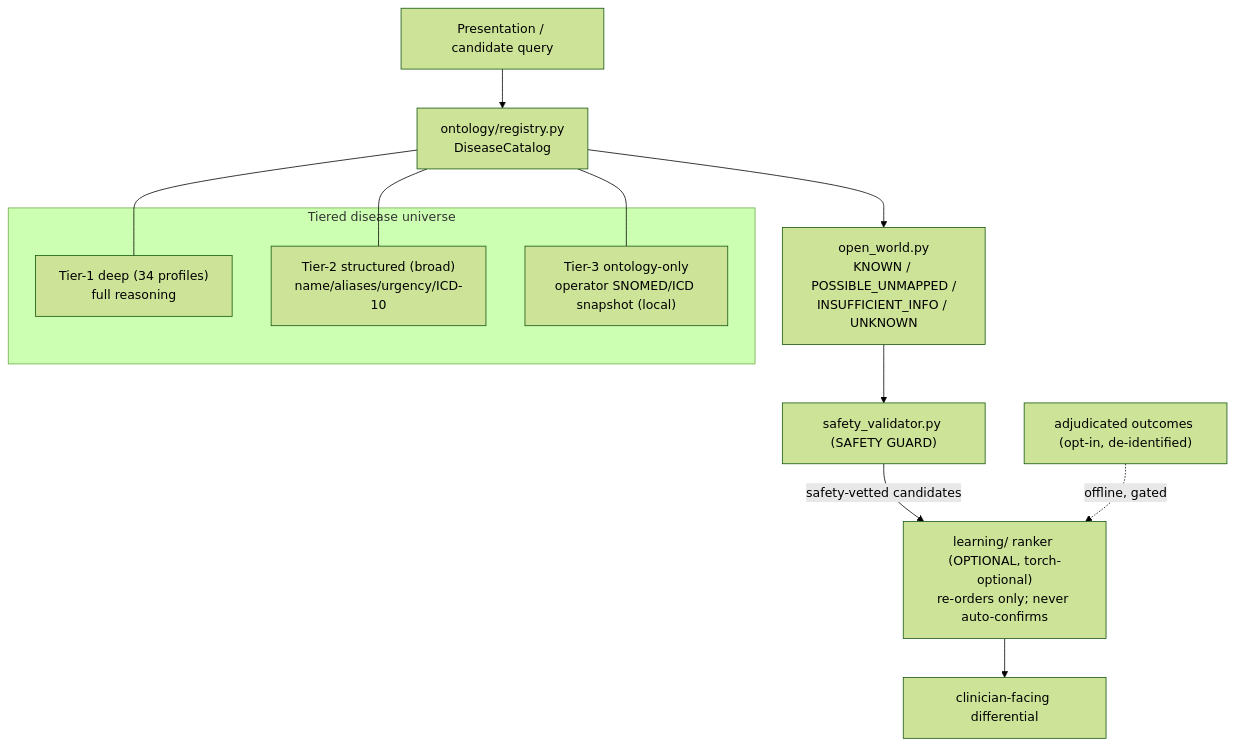
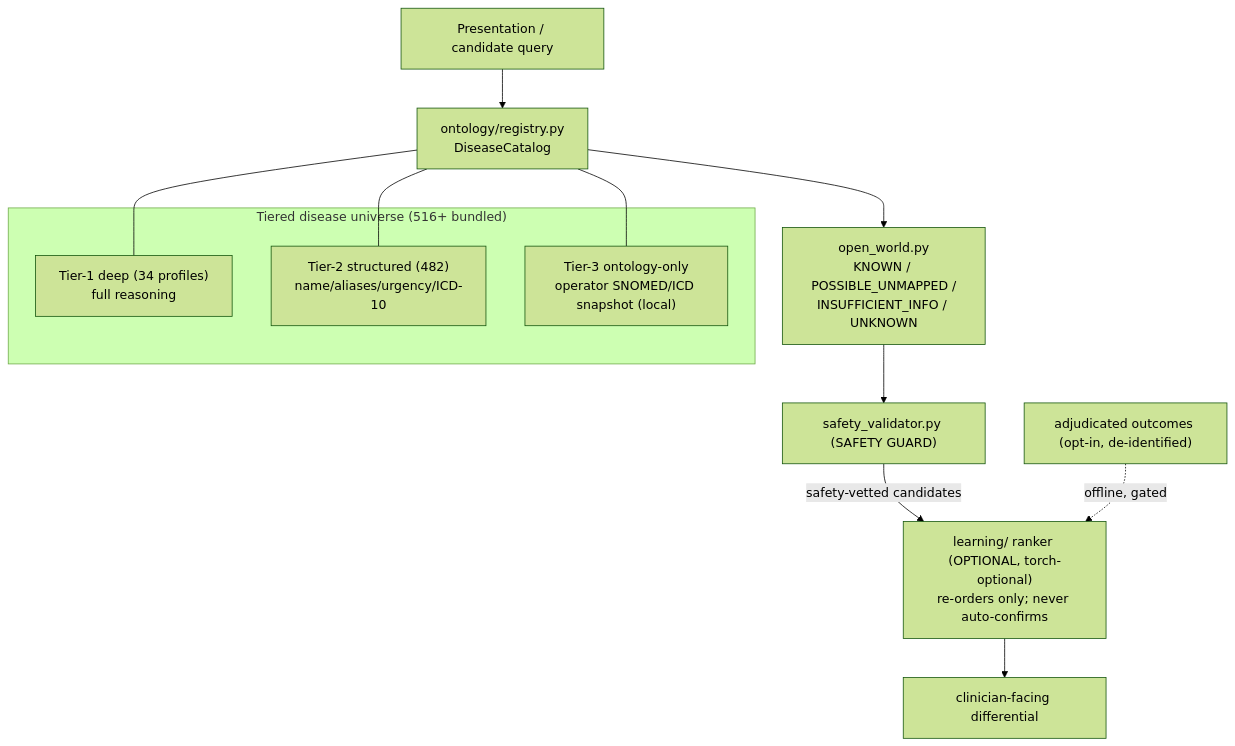
One commit to hundol047/nova changed the second of 2 diagrams in README.md. Above: the diagram before and after it, drawn with Mermaid (forest theme). The commit also changed other lines of this file and 4 other files, not shown here.

````diff
--- a/README.md
+++ b/README.md
@@ -80,17 +83,17 @@
 ```mermaid
 flowchart TD
   Q["Presentation / candidate query"] --> CAT["ontology/registry.py\nDiseaseCatalog"]
-  subgraph TIERS["Tiered disease universe"]
+  subgraph TIERS["Tiered disease universe (516+ bundled)"]
     T1["Tier-1 deep (34 profiles)\nfull reasoning"]
-    T2["Tier-2 structured (broad)\nname/aliases/urgency/ICD-10"]
+    T2["Tier-2 structured (482)\nname/aliases/urgency/ICD-10"]
     T3["Tier-3 ontology-only\noperator SNOMED/ICD snapshot (local)"]
   end
   CAT --- T1
   CAT --- T2
   CAT --- T3
   CAT --> OW["open_world.py\nKNOWN / POSSIBLE_UNMAPPED /\nINSUFFICIENT_INFO / UNKNOWN"]
   OW --> SG["safety_validator.py (SAFETY GUARD)"]
   SG -->|safety-vetted candidates| RANK["learning/ ranker (OPTIONAL, torch-optional)\nre-orders only; never auto-confirms"]
   RANK --> DX["clinician-facing differential"]
   OUT["adjudicated outcomes (opt-in, de-identified)"] -.->|offline, gated| RANK
 ```
````
